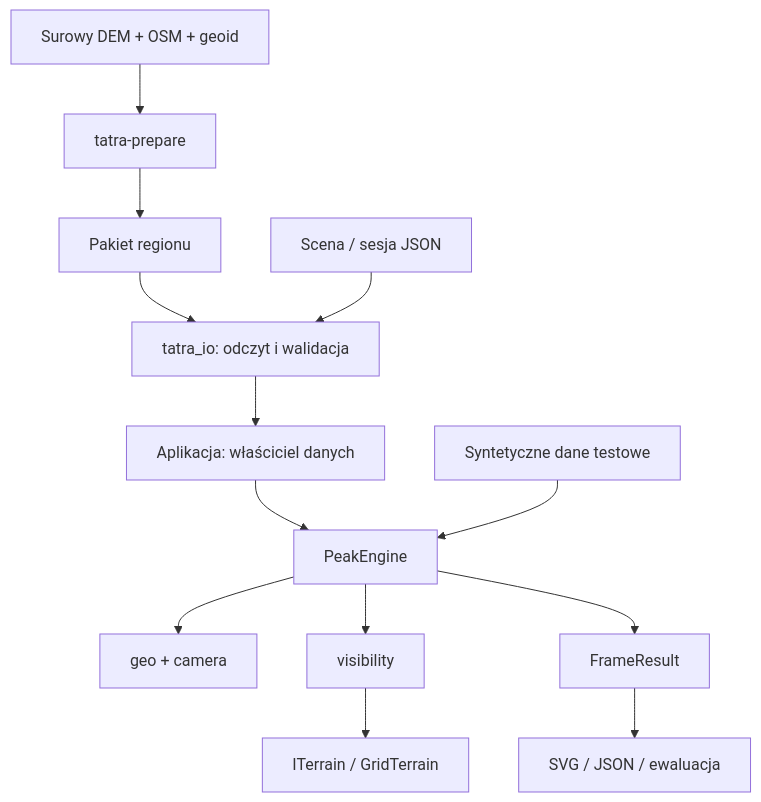
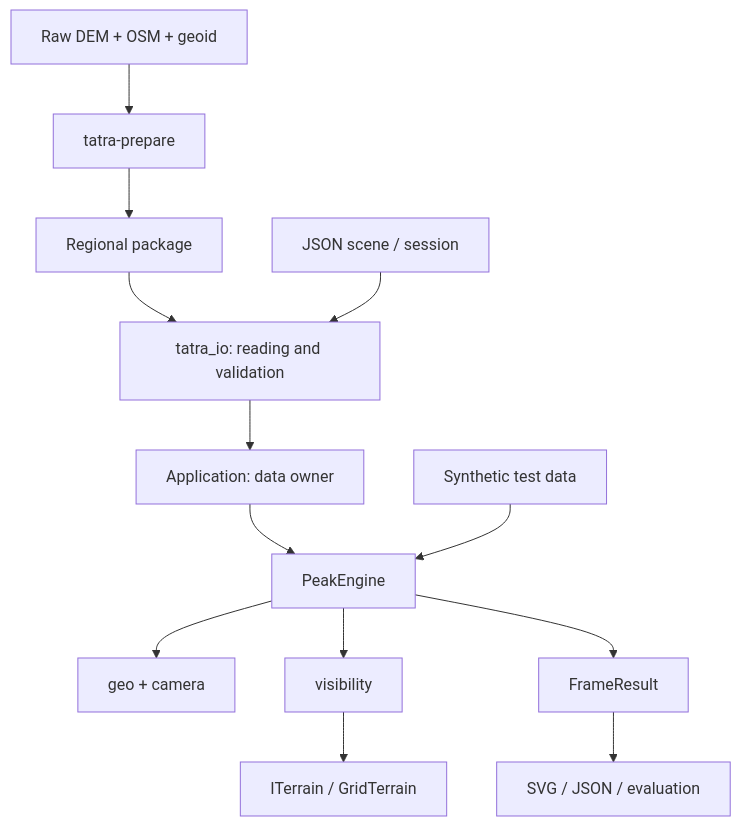
The diagram in docs/MVP_PLAN.md (TomAsh97e/TatraPeak), drawn with Mermaid before and after one commit. The commit also changed other lines of this file and 5 other files, not shown here.

```diff
--- a/docs/MVP_PLAN.md
+++ b/docs/MVP_PLAN.md
@@ -48,15 +62,15 @@
 ~~~mermaid
 flowchart TD
-    RAW["Surowy DEM + OSM + geoid"] --> PREP["tatra-prepare"]
-    PREP --> PACK["Pakiet regionu"]
-    PACK --> IO["tatra_io: odczyt i walidacja"]
-    SCENE["Scena / sesja JSON"] --> IO
-    IO --> OWN["Aplikacja: właściciel danych"]
+    RAW["Raw DEM + OSM + geoid"] --> PREP["tatra-prepare"]
+    PREP --> PACK["Regional package"]
+    PACK --> IO["tatra_io: reading and validation"]
+    SCENE["JSON scene / session"] --> IO
+    IO --> OWN["Application: data owner"]
     OWN --> ENGINE["PeakEngine"]
     ENGINE --> GEO["geo + camera"]
     ENGINE --> VIS["visibility"]
     VIS --> TERRAIN["ITerrain / GridTerrain"]
     ENGINE --> RESULT["FrameResult"]
-    RESULT --> SVG["SVG / JSON / ewaluacja"]
-    SYNTH["Syntetyczne dane testowe"] --> ENGINE
+    RESULT --> SVG["SVG / JSON / evaluation"]
+    SYNTH["Synthetic test data"] --> ENGINE
 ~~~
```
